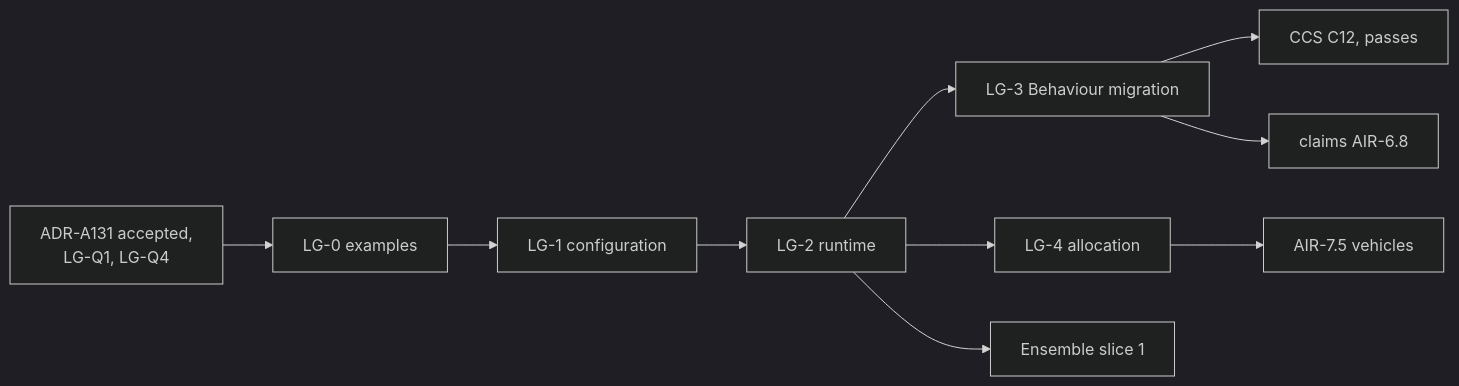
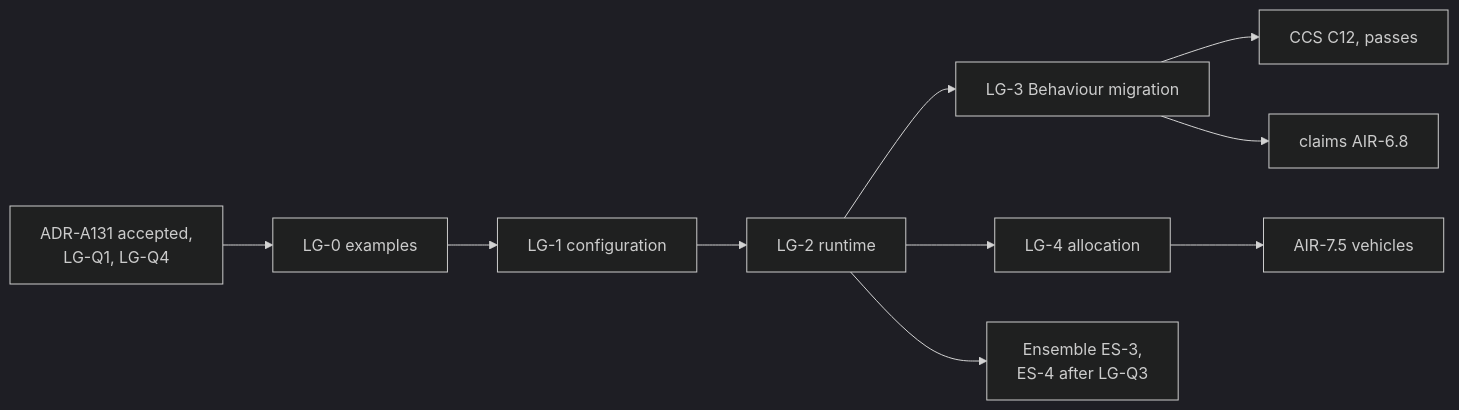
Before and after one commit to nebularis/lattice: the diagram in docs/developer/plans/ledger.md, drawn with Mermaid (dark theme). The commit also changed other lines of this file and 24 other files, not shown here.

````diff
--- a/docs/developer/plans/ledger.md
+++ b/docs/developer/plans/ledger.md
@@ -58,12 +61,12 @@
 ```mermaid
 flowchart LR
   ADR["ADR-A131 accepted,<br/>LG-Q1, LG-Q4"] --> L0["LG-0 examples"]
   L0 --> L1["LG-1 configuration"]
   L1 --> L2["LG-2 runtime"]
   L2 --> L3["LG-3 Behaviour migration"]
   L2 --> L4["LG-4 allocation"]
   L3 --> C12["CCS C12, passes"]
-  L2 --> ENS["Ensemble slice 1"]
+  L2 --> ENS["Ensemble ES-3,<br/>ES-4 after LG-Q3"]
   L3 --> A68["claims AIR-6.8"]
   L4 --> A75["AIR-7.5 vehicles"]
 ```
````
